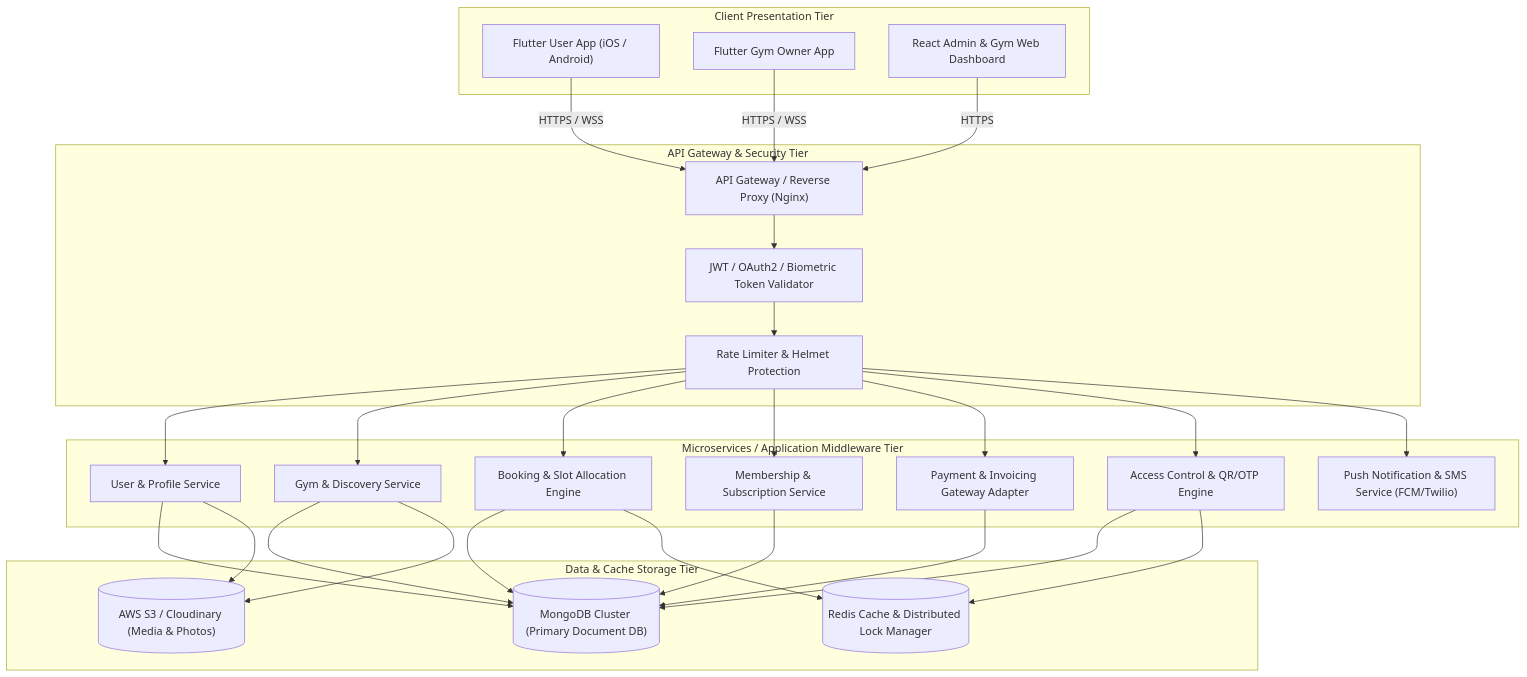
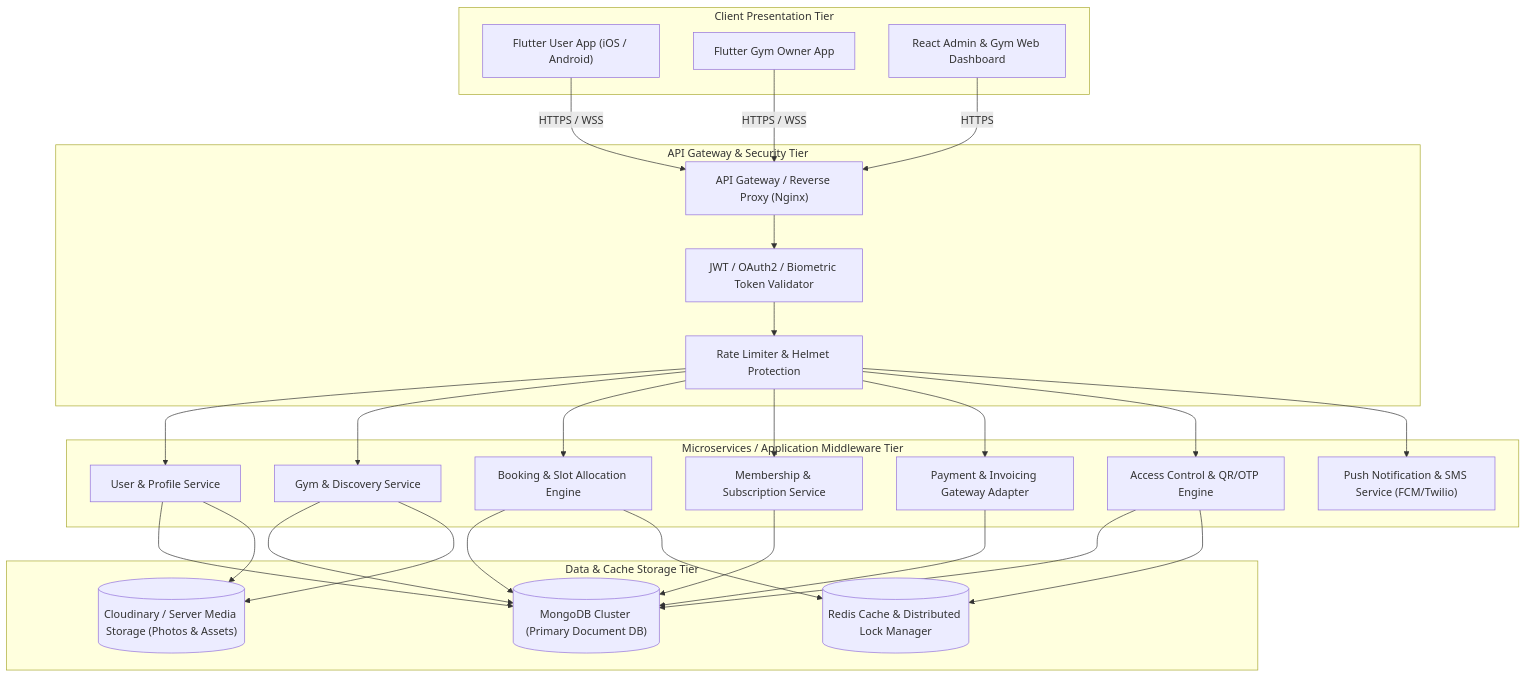
One commit to stp-yovel/GYMEZY changed the first of 10 diagrams in PROJECT_DOCUMENTATION_AND_DB_ARCHITECTURE.md. Above: the diagram before and after it, drawn with Mermaid. The commit also changed other lines of this file and 48 other files, not shown here.

````diff
--- a/PROJECT_DOCUMENTATION_AND_DB_ARCHITECTURE.md
+++ b/PROJECT_DOCUMENTATION_AND_DB_ARCHITECTURE.md
@@ -44,41 +45,41 @@
 ```mermaid
 flowchart TB
     subgraph Client_Layer ["Client Presentation Tier"]
         UA["Flutter User App (iOS / Android)"]
         OA["Flutter Gym Owner App"]
         WA["React Admin & Gym Web Dashboard"]
     end
 
     subgraph Gateway_Layer ["API Gateway & Security Tier"]
         GW["API Gateway / Reverse Proxy (Nginx)"]
         AUTH["JWT / OAuth2 / Biometric Token Validator"]
         RL["Rate Limiter & Helmet Protection"]
     end
 
     subgraph Service_Layer ["Microservices / Application Middleware Tier"]
         USVC["User & Profile Service"]
         GSVC["Gym & Discovery Service"]
         BSVC["Booking & Slot Allocation Engine"]
         MSVC["Membership & Subscription Service"]
         PSVC["Payment & Invoicing Gateway Adapter"]
         ASVC["Access Control & QR/OTP Engine"]
         NSVC["Push Notification & SMS Service (FCM/Twilio)"]
     end
 
     subgraph Persistence_Layer ["Data & Cache Storage Tier"]
         MDB[("MongoDB Cluster (Primary Document DB)")]
         REDIS[("Redis Cache & Distributed Lock Manager")]
-        S3[("AWS S3 / Cloudinary (Media & Photos)")]
+        MEDIA[("Cloudinary / Server Media Storage (Photos & Assets)")]
     end
 
     UA -->|HTTPS / WSS| GW
     OA -->|HTTPS / WSS| GW
     WA -->|HTTPS| GW
 
     GW --> AUTH --> RL
     RL --> USVC & GSVC & BSVC & MSVC & PSVC & ASVC & NSVC
 
     USVC & GSVC & BSVC & MSVC & PSVC & ASVC --> MDB
     BSVC & ASVC --> REDIS
-    USVC & GSVC --> S3
+    USVC & GSVC --> MEDIA
 ```
````
